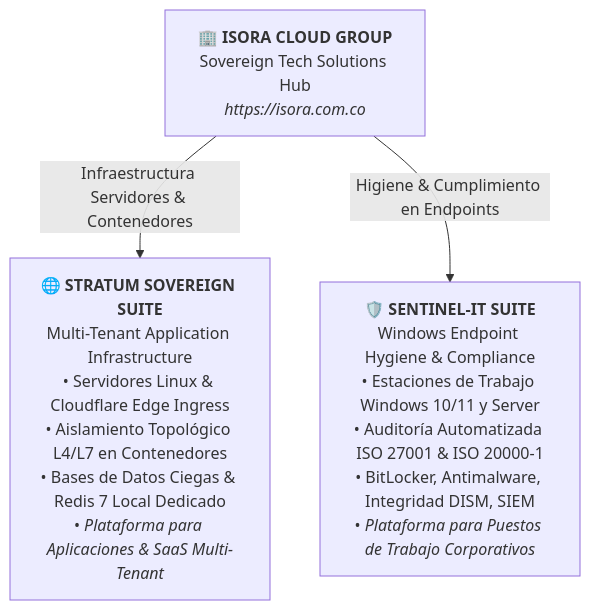
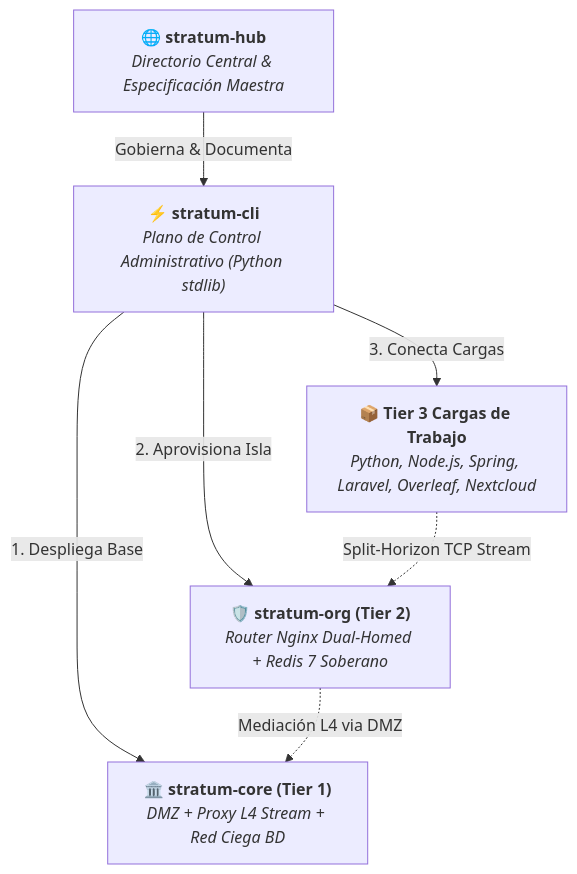
Before and after one commit to isora-cloud-group/stratum-hub: the fourth of 4 diagrams in README.md, drawn with Mermaid. The commit also changed other lines of this file and 1 other file, not shown here.

Commit message:
docs: focus hub exclusively on Stratum architecture and inter-module hierarchy

````diff
--- a/README.md
+++ b/README.md
@@ -215,11 +215,18 @@
 ```mermaid
 flowchart TD
-    ICG["🏢 <b>ISORA CLOUD GROUP</b><br/>Sovereign Tech Solutions Hub<br/><i>https://isora.com.co</i>"]
+    HUB["🌐 <b>stratum-hub</b><br/><i>Directorio Central & Especificación Maestra</i>"]
     
-    ICG -->|"Infraestructura Servidores & Contenedores"| STRATUM["🌐 <b>STRATUM SOVEREIGN SUITE</b><br/>Multi-Tenant Application Infrastructure<br/>• Servidores Linux & Cloudflare Edge Ingress<br/>• Aislamiento Topológico L4/L7 en Contenedores<br/>• Bases de Datos Ciegas & Redis 7 Local Dedicado<br/>• <i>Plataforma para Aplicaciones & SaaS Multi-Tenant</i>"]
+    HUB -->|"Gobierna & Documenta"| CLI["⚡ <b>stratum-cli</b><br/><i>Plano de Control Administrativo (Python stdlib)</i>"]
     
-    ICG -->|"Higiene & Cumplimiento en Endpoints"| SENTINEL["🛡️ <b>SENTINEL-IT SUITE</b><br/>Windows Endpoint Hygiene & Compliance<br/>• Estaciones de Trabajo Windows 10/11 y Server<br/>• Auditoría Automatizada ISO 27001 & ISO 20000-1<br/>• BitLocker, Antimalware, Integridad DISM, SIEM<br/>• <i>Plataforma para Puestos de Trabajo Corporativos</i>"]
+    CLI -->|"1. Despliega Base"| CORE["🏛️ <b>stratum-core (Tier 1)</b><br/><i>DMZ + Proxy L4 Stream + Red Ciega BD</i>"]
+    CLI -->|"2. Aprovisiona Isla"| ORG["🛡️ <b>stratum-org (Tier 2)</b><br/><i>Router Nginx Dual-Homed + Redis 7 Soberano</i>"]
+    CLI -->|"3. Conecta Cargas"| T3["📦 <b>Tier 3 Cargas de Trabajo</b><br/><i>Python, Node.js, Spring, Laravel, Overleaf, Nextcloud</i>"]
+    
+    T3 -.->|"Split-Horizon TCP Stream"| ORG
+    ORG -.->|"Mediación L4 via DMZ"| CORE
 
-    click STRATUM "https://github.com/isora-cloud-group/stratum-hub" "Ver Stratum Hub"
-    click SENTINEL "https://github.com/sandra-puerto/Sentinel-IT" "Ver Sentinel-IT"
+    click HUB "https://github.com/isora-cloud-group/stratum-hub" "Ver stratum-hub"
+    click CLI "https://github.com/isora-cloud-group/stratum-cli" "Ver stratum-cli"
+    click CORE "https://github.com/isora-cloud-group/stratum-core" "Ver stratum-core"
+    click ORG "https://github.com/isora-cloud-group/stratum-org" "Ver stratum-org"
 ```
````
